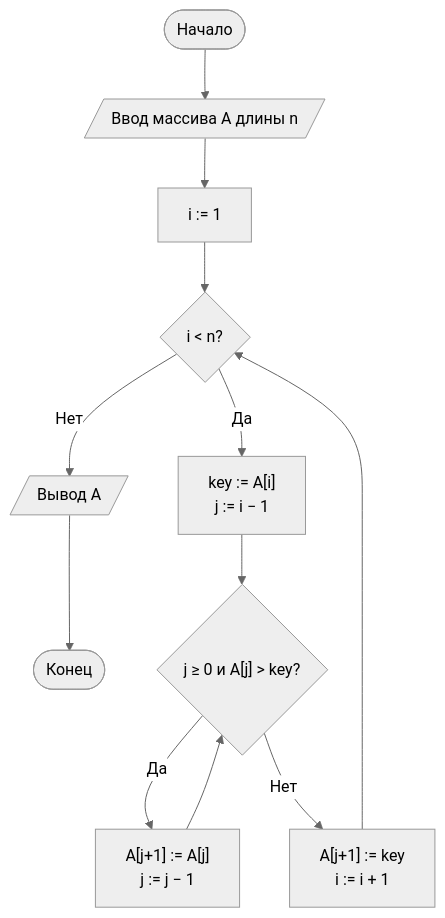
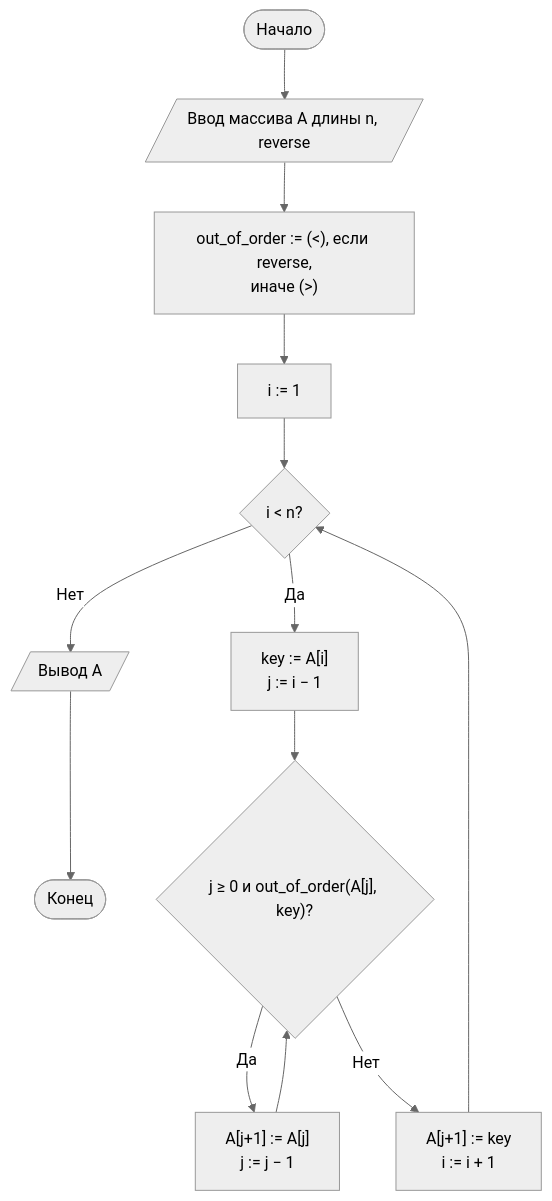
The second of 3 diagrams in lab2/README.md (imrannasrullaev469-hue/theory-of-algorithms-labs), drawn with Mermaid (neutral theme) before and after one commit. The commit also changed other lines of this file and 12 other files, not shown here.

````diff
--- a/lab2/README.md
+++ b/lab2/README.md
@@ -97,11 +102,12 @@
 ```mermaid
 flowchart TD
-    A([Начало]) --> B[/Ввод массива A длины n/]
-    B --> C[i := 1]
+    A([Начало]) --> B[/Ввод массива A длины n, reverse/]
+    B --> R["out_of_order := (<), если reverse,<br/>иначе (>)"]
+    R --> C[i := 1]
     C --> D{"i < n?"}
     D -- Нет --> Z[/Вывод A/] --> Q([Конец])
     D -- Да --> E["key := A[i]<br/>j := i − 1"]
-    E --> F{"j ≥ 0 и A[j] > key?"}
+    E --> F{"j ≥ 0 и out_of_order(A[j], key)?"}
     F -- Да --> G["A[j+1] := A[j]<br/>j := j − 1"] --> F
     F -- Нет --> H["A[j+1] := key<br/>i := i + 1"] --> D
 ```
````
